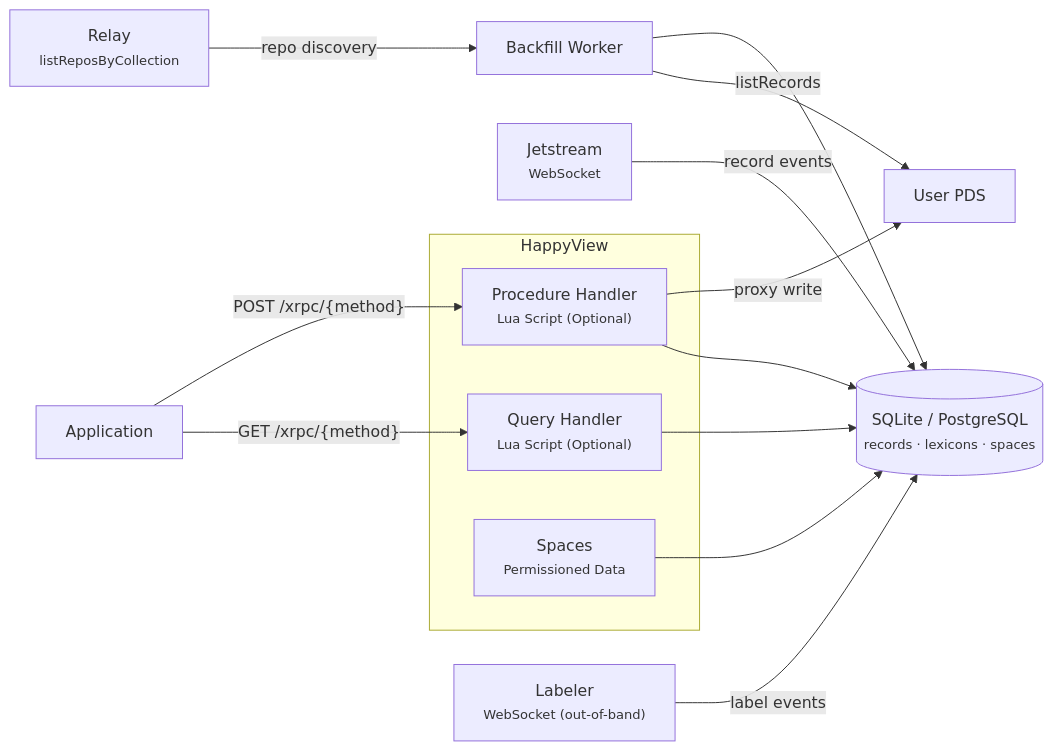
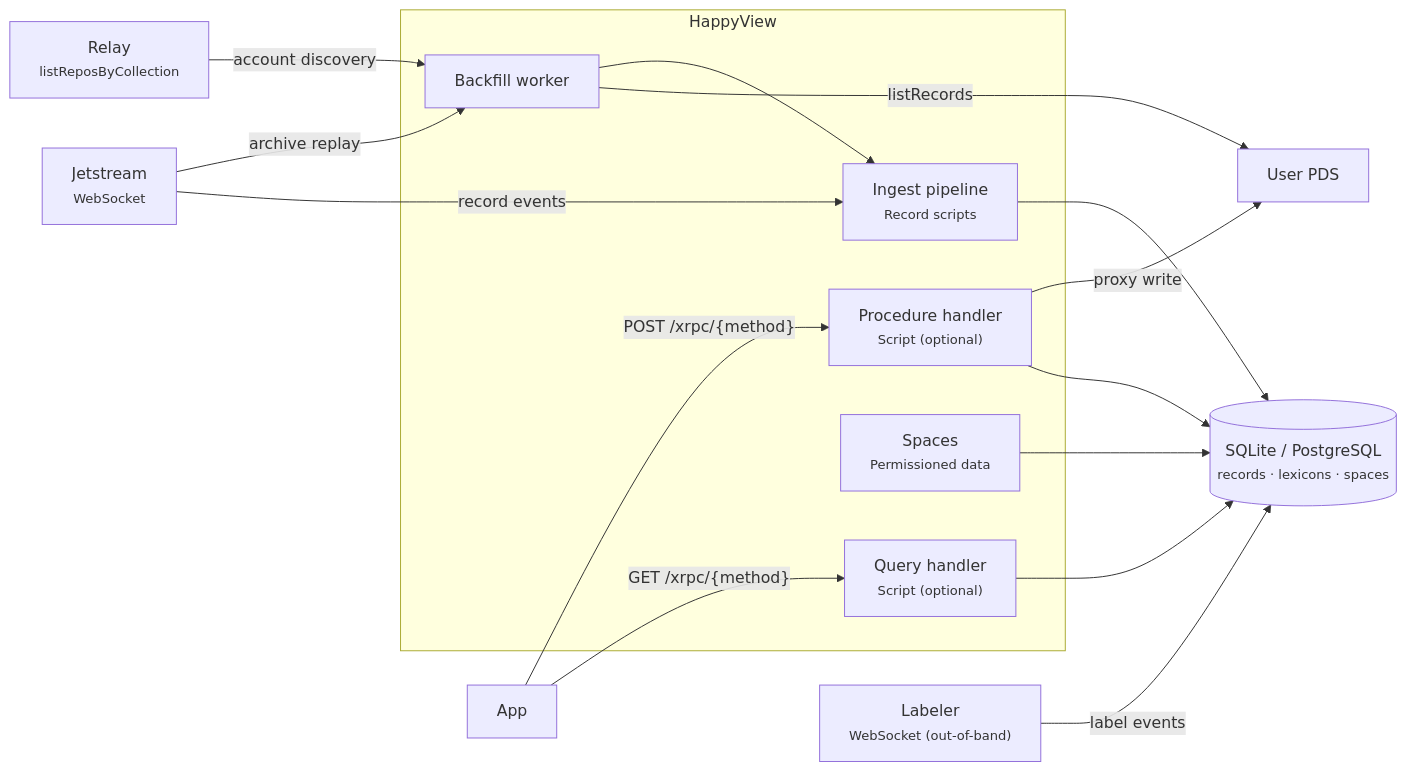
Before and after one commit to happyproto/happyview-docs: the first of 7 diagrams in src/content/docs/docs/architecture/index.md, drawn with Mermaid. The commit also changed other lines of this file and 126 other files, not shown here.

````diff
--- a/src/content/docs/docs/architecture/index.md
+++ b/src/content/docs/docs/architecture/index.md
@@ -9,29 +10,33 @@
 ```mermaid
 graph LR
   accTitle: System overview
-  Application
+  App
 
-  Application -->|"GET /xrpc/{method}"| Query
-  Application -->|"POST /xrpc/{method}"| Procedure
+  App -->|"GET /xrpc/{method}"| Query
+  App -->|"POST /xrpc/{method}"| Procedure
 
   subgraph HappyView
-    Query["Query Handler<br/><small>Lua Script (Optional)</small>"]
-    Procedure["Procedure Handler<br/><small>Lua Script (Optional)</small>"]
-    Spaces["Spaces<br/><small>Permissioned Data</small>"]
+    Query["Query handler<br/><small>Script (optional)</small>"]
+    Procedure["Procedure handler<br/><small>Script (optional)</small>"]
+    Ingest["Ingest pipeline<br/><small>Record scripts</small>"]
+    Backfill["Backfill worker"]
+    Spaces["Spaces<br/><small>Permissioned data</small>"]
   end
 
   Procedure --> DB
   Query --> DB
   Spaces --> DB
+  Ingest --> DB
 
   Procedure -->|proxy write| PDS["User PDS"]
 
   DB[("SQLite / PostgreSQL<br/><small>records · lexicons · spaces</small>")]
 
-  Jetstream["Jetstream<br/><small>WebSocket</small>"] -->|record events| DB
-  Relay["Relay<br/><small>listReposByCollection</small>"] -->|repo discovery| Backfill
-  Backfill["Backfill Worker"] -->|listRecords| PDS
-  Backfill --> DB
+  Jetstream["Jetstream<br/><small>WebSocket</small>"] -->|record events| Ingest
+  Jetstream -->|archive replay| Backfill
+  Relay["Relay<br/><small>listReposByCollection</small>"] -->|account discovery| Backfill
+  Backfill -->|listRecords| PDS
+  Backfill --> Ingest
 
   Labeler["Labeler<br/><small>WebSocket (out-of-band)</small>"] -->|label events| DB
 ```
````
